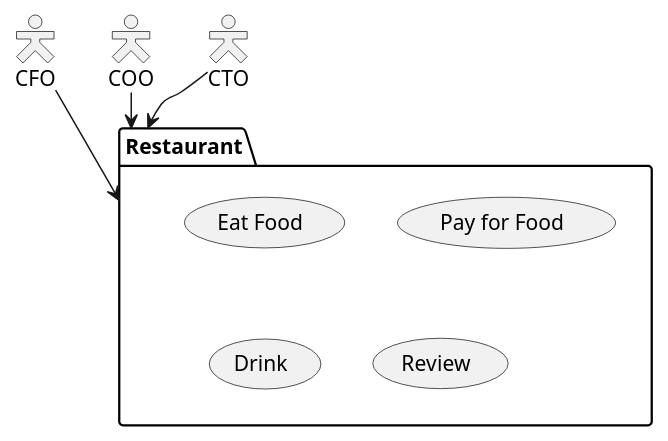
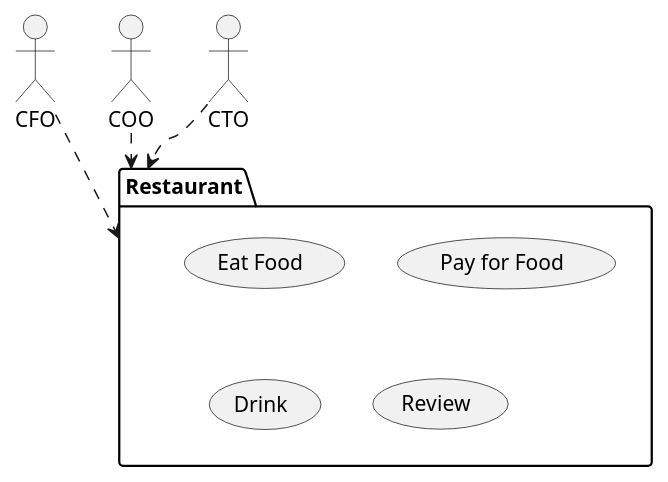
The diagram in pages/Robert C. Martin - Clean Architecture A Craftsman's Guide to Software Structure and Design.md (huland/logseq-notes), drawn with PlantUML before and after one commit.

Commit message:
Auto saved by Logseq

```diff
--- a/pages/Robert C. Martin - Clean Architecture A Craftsman's Guide to Software Structure and Design.md
+++ b/pages/Robert C. Martin - Clean Architecture A Craftsman's Guide to Software Structure and Design.md
@@ -43,19 +43,17 @@
 				  @startuml
-				  skinparam actorStyle Hollow 
-				  
 				  :CFO: as cfo
 				  :COO: as coo
 				  :CTO: as cto
 				  
 				  package Restaurant {
 				    usecase "Eat Food" as UC1
 				    usecase "Pay for Food" as UC2
 				    usecase "Drink" as UC3
 				    usecase "Review" as UC4
 				  }
 				  
-				  cfo --> Restaurant
-				  coo --> Restaurant
-				  cto --> Restaurant
+				  cfo ..> Restaurant
+				  coo ..> Restaurant
+				  cto ..> Restaurant
 				  
 				  @enduml
```
